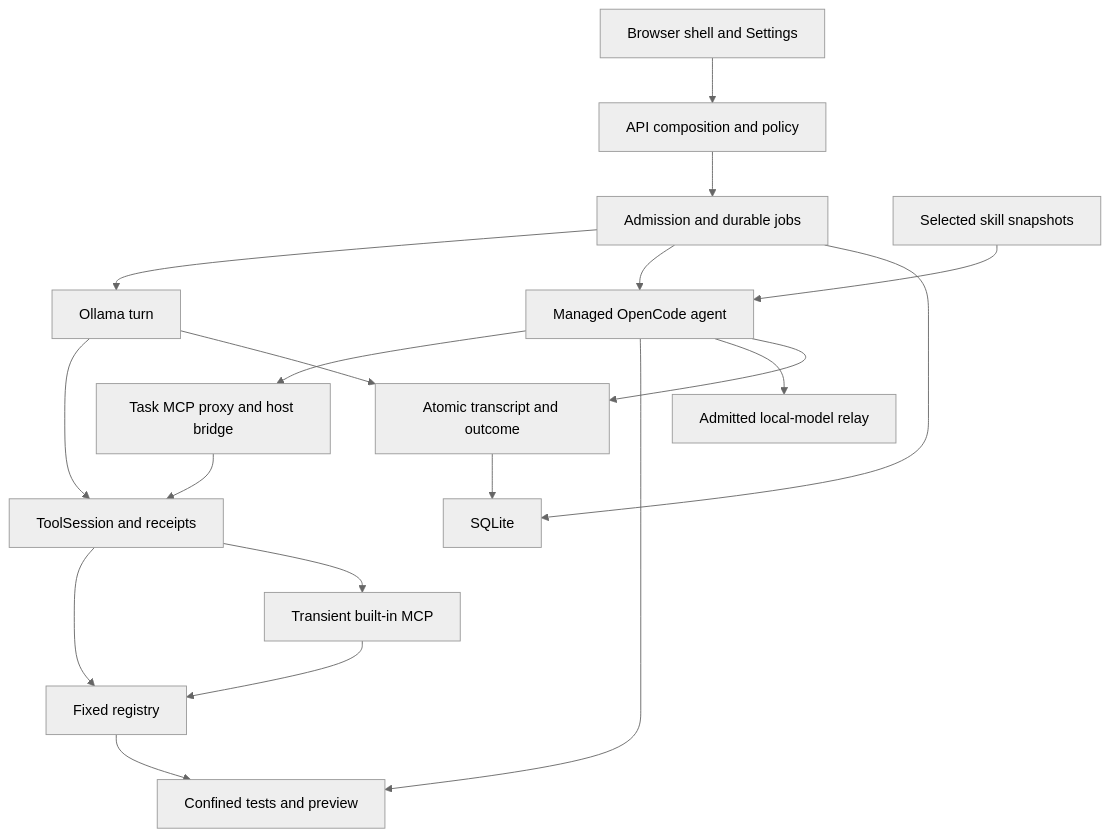
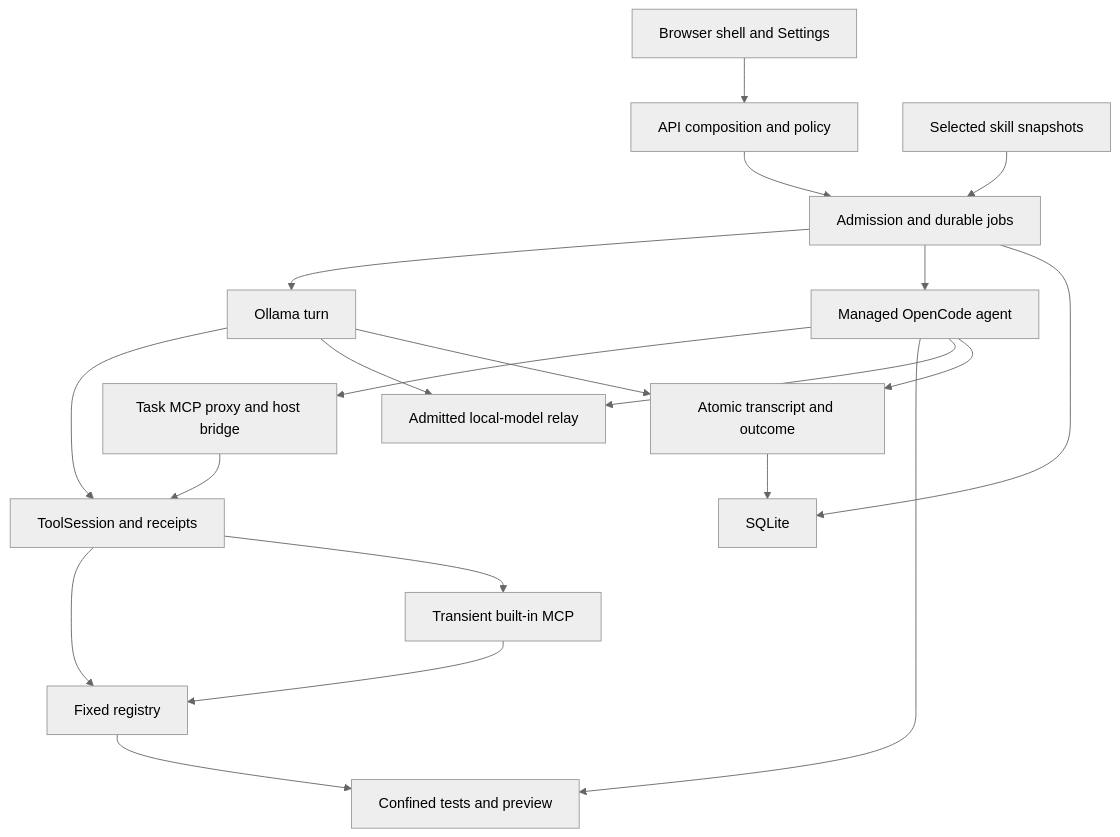
The first of 2 diagrams in docs/SYSTEM_RELATIONSHIPS.md (Dr-Dark92/SMELTER), drawn with Mermaid (neutral theme) before and after one commit. The commit also changed other lines of this file and 21 other files, not shown here.

````diff
--- a/docs/SYSTEM_RELATIONSHIPS.md
+++ b/docs/SYSTEM_RELATIONSHIPS.md
@@ -22,21 +30,22 @@
 ```mermaid
 flowchart TD
   UI["Browser shell and Settings"] --> API["API composition and policy"]
   API --> JOB["Admission and durable jobs"]
   JOB --> DIRECT["Ollama turn"]
   JOB --> AGENT["Managed OpenCode agent"]
-  SKILLS["Selected skill snapshots"] --> AGENT
+  SKILLS["Selected skill snapshots"] --> JOB
   AGENT --> BRIDGE["Task MCP proxy and host bridge"]
   BRIDGE --> TOOLS
   DIRECT --> TOOLS["ToolSession and receipts"]
   TOOLS --> REG["Fixed registry"]
   TOOLS --> MCP["Transient built-in MCP"]
   MCP --> REG
   REG --> BOX["Confined tests and preview"]
   AGENT --> BOX
   AGENT --> MODEL["Admitted local-model relay"]
+  DIRECT --> MODEL
   DIRECT --> FINAL["Atomic transcript and outcome"]
   AGENT --> FINAL
   FINAL --> SQL["SQLite"]
   JOB --> SQL
 ```
````
